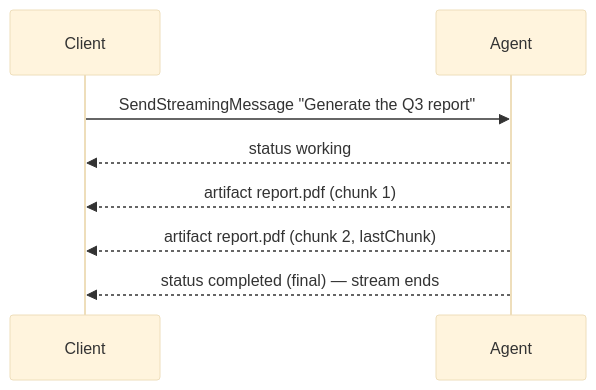
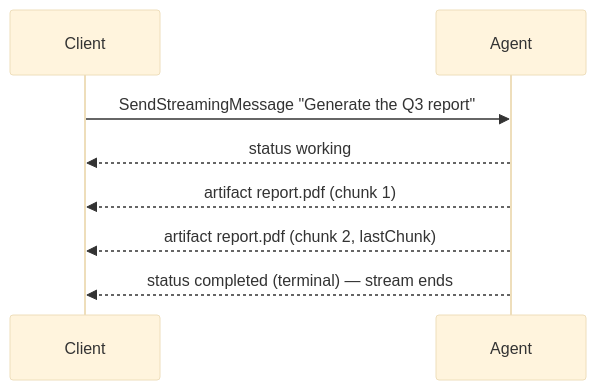
One commit to trpc-group/trpc-a2a-go changed the third of 7 diagrams in docs/mkdocs/en/protocol.md. Above: the diagram before and after it, drawn with Mermaid (base theme). The commit also changed other lines of this file and 1 other file, not shown here.

````diff
--- a/docs/mkdocs/en/protocol.md
+++ b/docs/mkdocs/en/protocol.md
@@ -134,10 +139,10 @@
 ```mermaid
 sequenceDiagram
     participant C as Client
     participant A as Agent
     C->>A: SendStreamingMessage "Generate the Q3 report"
     A-->>C: status working
     A-->>C: artifact report.pdf (chunk 1)
     A-->>C: artifact report.pdf (chunk 2, lastChunk)
-    A-->>C: status completed (final) — stream ends
+    A-->>C: status completed (terminal) — stream ends
 ```
````
